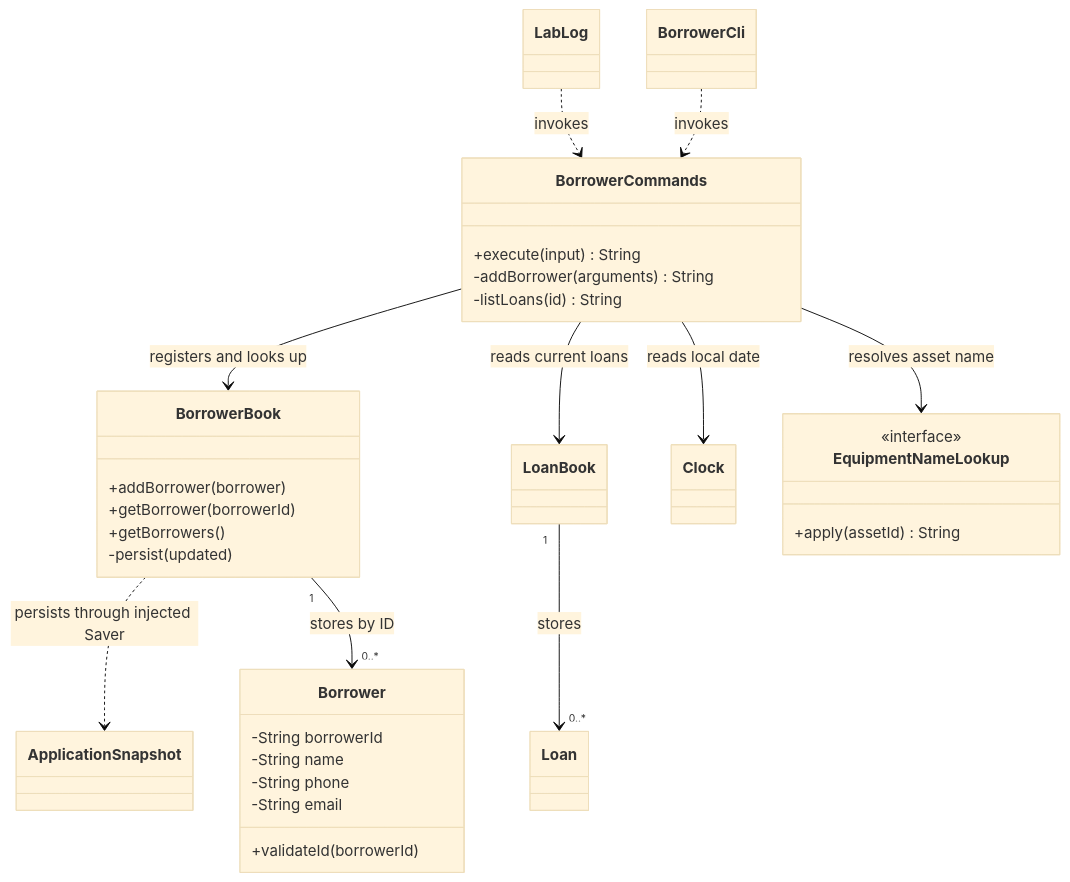
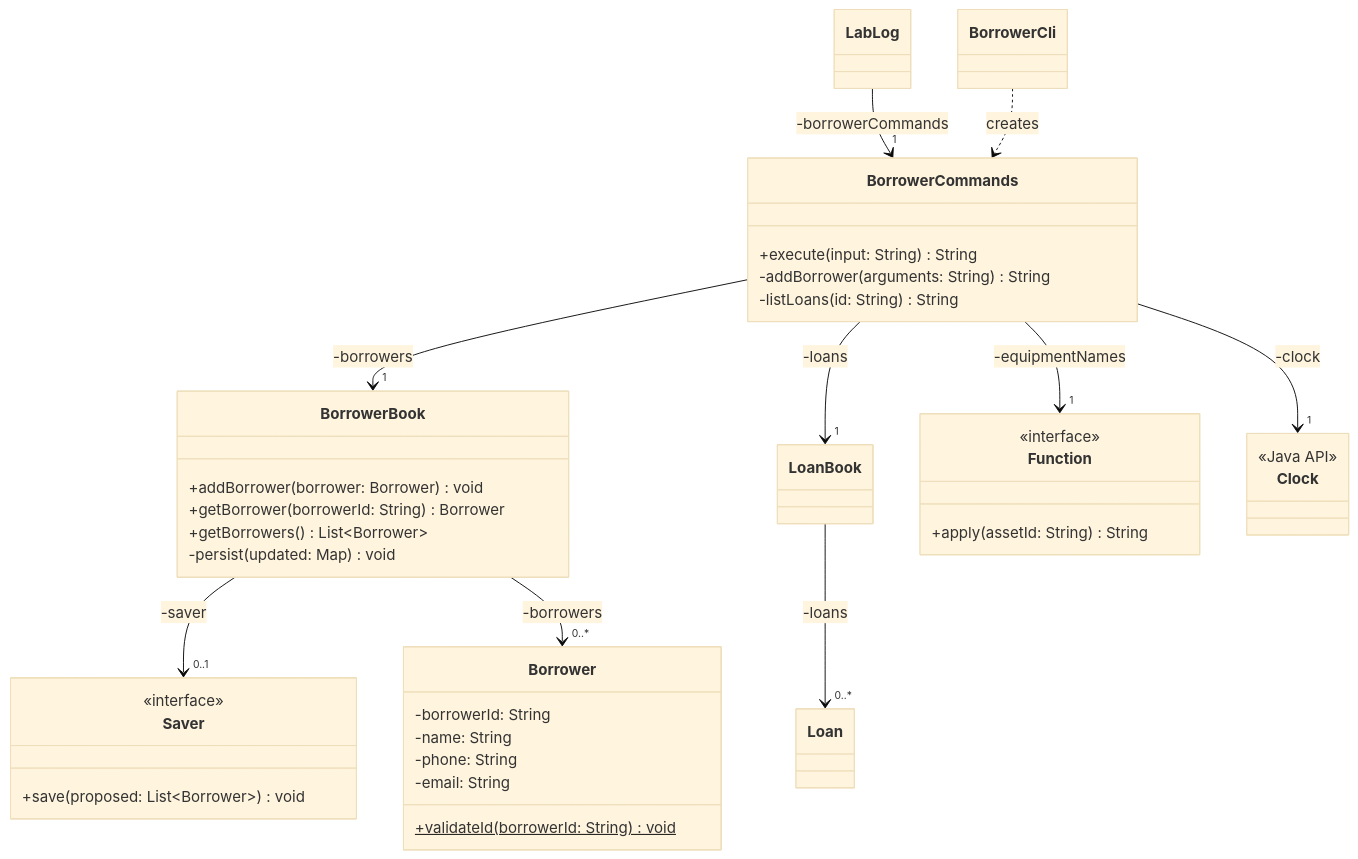
One commit to AY2627S1-CS2113-W13-3/tp changed the second of 12 diagrams in docs/DeveloperGuide.md. Above: the diagram before and after it, drawn with Mermaid (base theme). The commit also changed other lines of this file and 6 other files, not shown here.

First line of the commit message:
docs: Fix UML diagrams and add DG overview

````diff
--- a/docs/DeveloperGuide.md
+++ b/docs/DeveloperGuide.md
@@ -75,34 +191,41 @@
 ```mermaid
 classDiagram
-    LabLog ..> BorrowerCommands : invokes
-    BorrowerCli ..> BorrowerCommands : invokes
-    BorrowerBook ..> ApplicationSnapshot : persists through injected Saver
-    BorrowerCommands --> BorrowerBook : registers and looks up
-    BorrowerCommands --> LoanBook : reads current loans
-    BorrowerCommands --> Clock : reads local date
-    BorrowerCommands --> EquipmentNameLookup : resolves asset name
-    BorrowerBook "1" --> "0..*" Borrower : stores by ID
-    LoanBook "1" --> "0..*" Loan : stores
+    LabLog --> "1" BorrowerCommands : -borrowerCommands
+    BorrowerCli ..> BorrowerCommands : creates
+    BorrowerCommands --> "1" BorrowerBook : -borrowers
+    BorrowerCommands --> "1" LoanBook : -loans
+    BorrowerCommands --> "1" Function : -equipmentNames
+    BorrowerCommands --> "1" Clock : -clock
+    BorrowerBook --> "0..1" Saver : -saver
+    BorrowerBook --> "0..*" Borrower : -borrowers
+    LoanBook --> "0..*" Loan : -loans
     class Borrower {
-        -String borrowerId
-        -String name
-        -String phone
-        -String email
-        +validateId(borrowerId)
+        -borrowerId: String
+        -name: String
+        -phone: String
+        -email: String
+        +validateId(borrowerId: String)$ void
     }
     class BorrowerBook {
-        +addBorrower(borrower)
-        +getBorrower(borrowerId)
-        +getBorrowers()
-        -persist(updated)
+        +addBorrower(borrower: Borrower) void
+        +getBorrower(borrowerId: String) Borrower
+        +getBorrowers() List~Borrower~
+        -persist(updated: Map) void
+    }
+    class Saver {
+        <<interface>>
+        +save(proposed: List~Borrower~) void
     }
     class BorrowerCommands {
-        +execute(input) String
-        -addBorrower(arguments) String
-        -listLoans(id) String
+        +execute(input: String) String
+        -addBorrower(arguments: String) String
+        -listLoans(id: String) String
     }
-    class EquipmentNameLookup {
+    class Function {
         <<interface>>
-        +apply(assetId) String
+        +apply(assetId: String) String
+    }
+    class Clock {
+        <<Java API>>
     }
 ```
````
